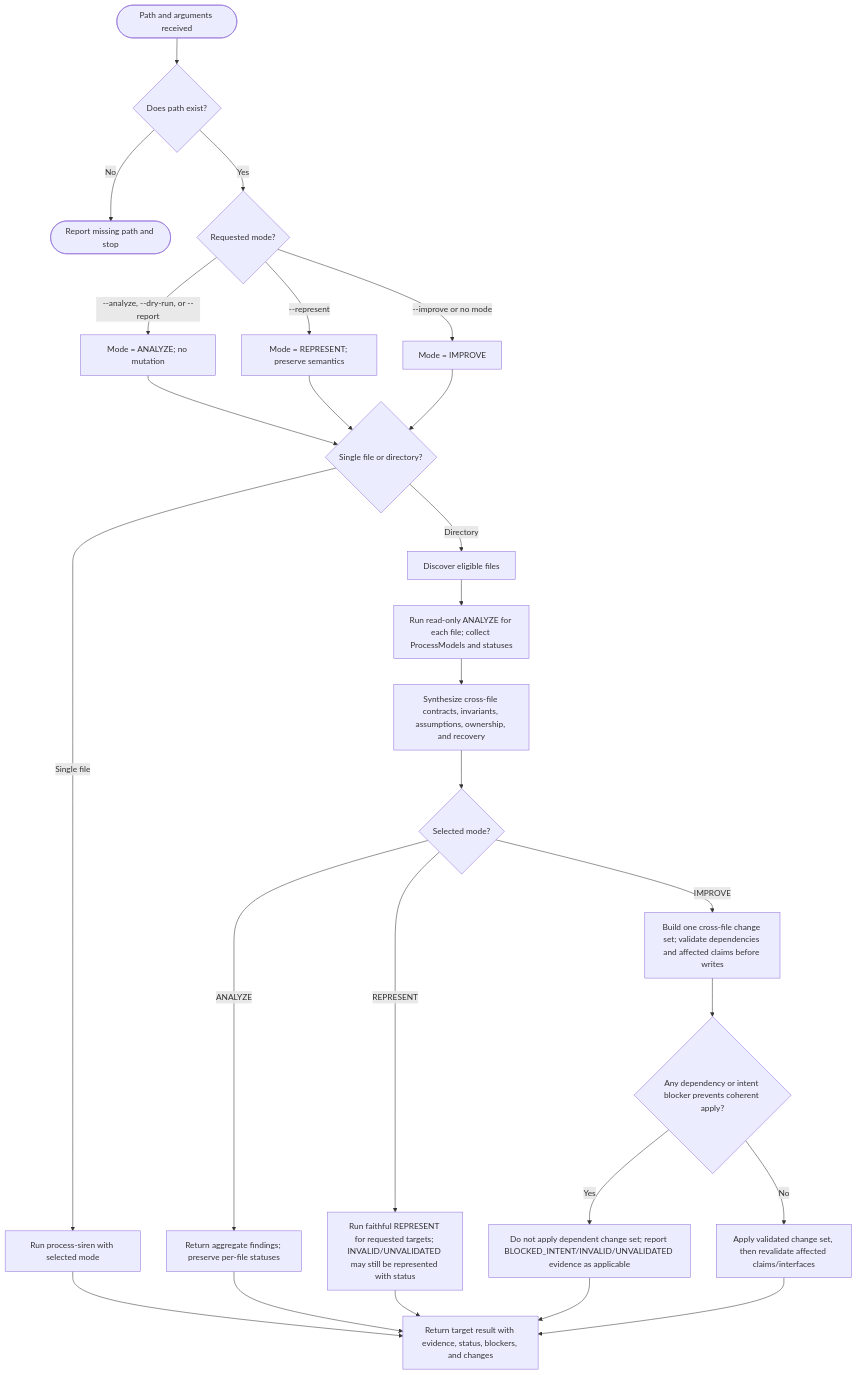
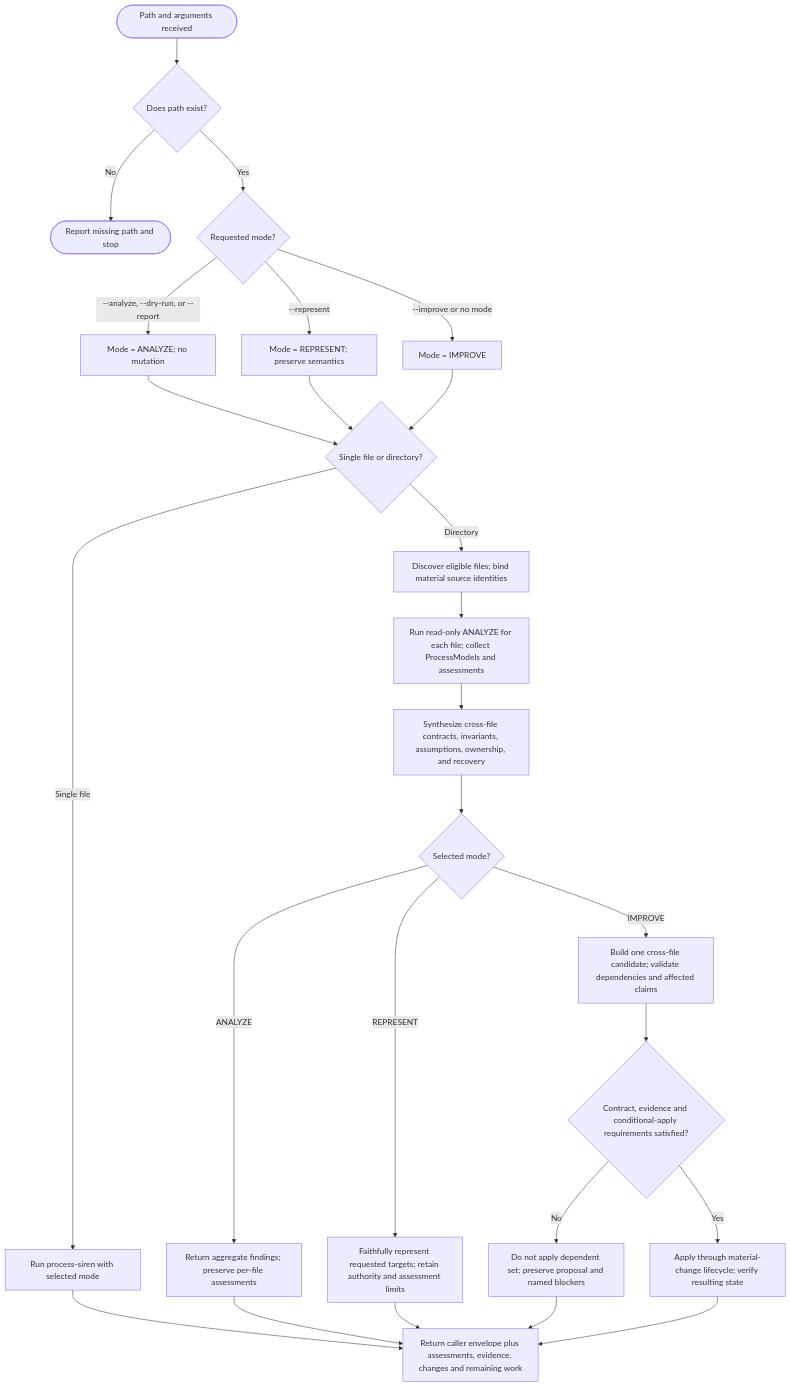
One commit to Jamie-BitFlight/claude_skills changed the diagram in plugins/process-siren/skills/woo-sailor/SKILL.md. Above: the diagram before and after it, drawn with Mermaid. The commit also changed other lines of this file and 6 other files, not shown here.

Commit message:
fix(process-siren): bind lifecycle evidence and preserve assessment boundaries

````diff
--- a/plugins/process-siren/skills/woo-sailor/SKILL.md
+++ b/plugins/process-siren/skills/woo-sailor/SKILL.md
@@ -20,28 +20,28 @@
 ```mermaid
 flowchart TD
     Start(["Path and arguments received"]) --> Exists{"Does path exist?"}
     Exists -->|"No"| Stop(["Report missing path and stop"])
     Exists -->|"Yes"| Mode{"Requested mode?"}
     Mode -->|"--analyze, --dry-run, or --report"| Analyze["Mode = ANALYZE; no mutation"]
     Mode -->|"--represent"| Represent["Mode = REPRESENT; preserve semantics"]
     Mode -->|"--improve or no mode"| Improve["Mode = IMPROVE"]
     Analyze --> Scope{"Single file or directory?"}
     Represent --> Scope
     Improve --> Scope
     Scope -->|"Single file"| One["Run process-siren with selected mode"]
-    Scope -->|"Directory"| Discover["Discover eligible files"]
-    Discover --> Models["Run read-only ANALYZE for each file; collect ProcessModels and statuses"]
+    Scope -->|"Directory"| Discover["Discover eligible files; bind material source identities"]
+    Discover --> Models["Run read-only ANALYZE for each file; collect ProcessModels and assessments"]
     Models --> Synthesize["Synthesize cross-file contracts, invariants, assumptions, ownership, and recovery"]
     Synthesize --> Route{"Selected mode?"}
-    Route -->|"ANALYZE"| Aggregate["Return aggregate findings; preserve per-file statuses"]
-    Route -->|"REPRESENT"| Render["Run faithful REPRESENT for requested targets; INVALID/UNVALIDATED may still be represented with status"]
-    Route -->|"IMPROVE"| Plan["Build one cross-file change set; validate dependencies and affected claims before writes"]
-    Plan --> Safe{"Any dependency or intent blocker prevents coherent apply?"}
-    Safe -->|"Yes"| Block["Do not apply dependent change set; report BLOCKED_INTENT/INVALID/UNVALIDATED evidence as applicable"]
-    Safe -->|"No"| Apply["Apply validated change set, then revalidate affected claims/interfaces"]
-    One --> Result["Return target result with evidence, status, blockers, and changes"]
+    Route -->|"ANALYZE"| Aggregate["Return aggregate findings; preserve per-file assessments"]
+    Route -->|"REPRESENT"| Render["Faithfully represent requested targets; retain authority and assessment limits"]
+    Route -->|"IMPROVE"| Plan["Build one cross-file candidate; validate dependencies and affected claims"]
+    Plan --> Safe{"Contract, evidence and conditional-apply requirements satisfied?"}
+    Safe -->|"No"| Block["Do not apply dependent set; preserve proposal and named blockers"]
+    Safe -->|"Yes"| Apply["Apply through material-change lifecycle; verify resulting state"]
+    One --> Result["Return caller envelope plus assessments, evidence, changes and remaining work"]
     Aggregate --> Result
     Render --> Result
     Block --> Result
     Apply --> Result
 ```
````
